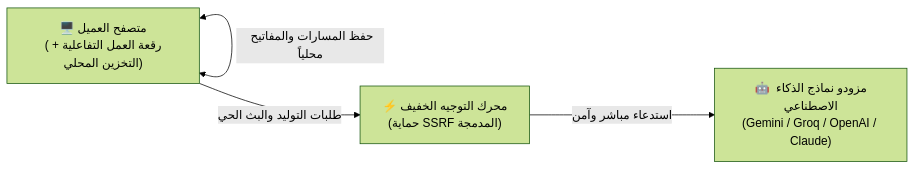
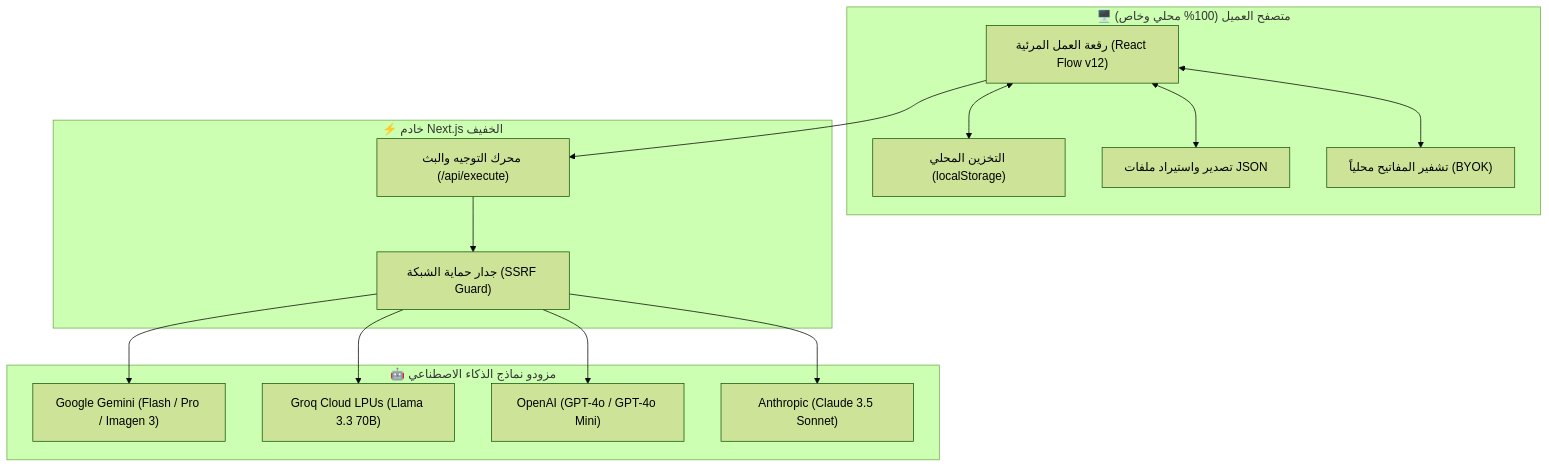
Before and after one commit to RaadDev/-AI-: the diagram in README.md, drawn with Mermaid (forest theme). The commit also changed other lines of this file and 2 other files, not shown here.

````diff
--- a/README.md
+++ b/README.md
@@ -92,10 +106,32 @@
 ```mermaid
-graph LR
-    Browser["🖥️ متصفح العميل\n(رقعة العمل التفاعلية + التخزين المحلي)"]
-    Proxy["⚡ محرك التوجيه الخفيف\n(حماية SSRF المدمجة)"]
-    Providers["🤖 مزودو نماذج الذكاء الاصطناعي\n(Gemini / Groq / OpenAI / Claude)"]
+graph TD
+    subgraph Browser ["🖥️ متصفح العميل (100% محلي وخاص)"]
+        Canvas["رقعة العمل المرئية (React Flow v12)"]
+        LocalStorage["التخزين المحلي (localStorage)"]
+        JsonExporter["تصدير واستيراد ملفات JSON"]
+        BYOK["تشفير المفاتيح محلياً (BYOK)"]
 
-    Browser <--> |حفظ المسارات والمفاتيح محلياً| Browser
-    Browser --> |طلبات التوليد والبث الحي| Proxy
-    Proxy --> |استدعاء مباشر وآمن| Providers
+        Canvas <--> LocalStorage
+        Canvas <--> JsonExporter
+        Canvas <--> BYOK
+    end
+
+    subgraph Server ["⚡ خادم Next.js الخفيف"]
+        ProxyRouter["محرك التوجيه والبث (/api/execute)"]
+        SSRF["جدار حماية الشبكة (SSRF Guard)"]
+        ProxyRouter --> SSRF
+    end
+
+    subgraph External ["🤖 مزودو نماذج الذكاء الاصطناعي"]
+        Gemini["Google Gemini (Flash / Pro / Imagen 3)"]
+        Groq["Groq Cloud LPUs (Llama 3.3 70B)"]
+        OpenAI["OpenAI (GPT-4o / GPT-4o Mini)"]
+        Claude["Anthropic (Claude 3.5 Sonnet)"]
+    end
+
+    Canvas --> ProxyRouter
+    SSRF --> Gemini
+    SSRF --> Groq
+    SSRF --> OpenAI
+    SSRF --> Claude
 ```
````
